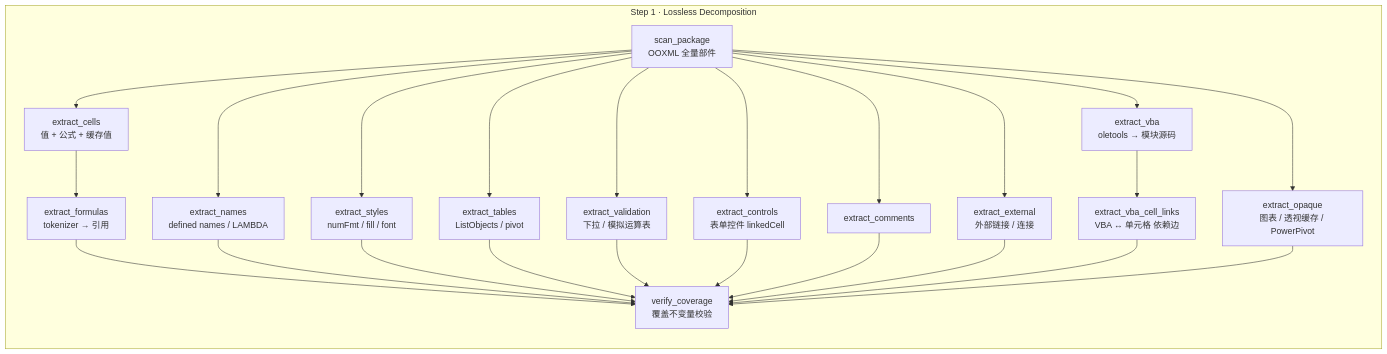
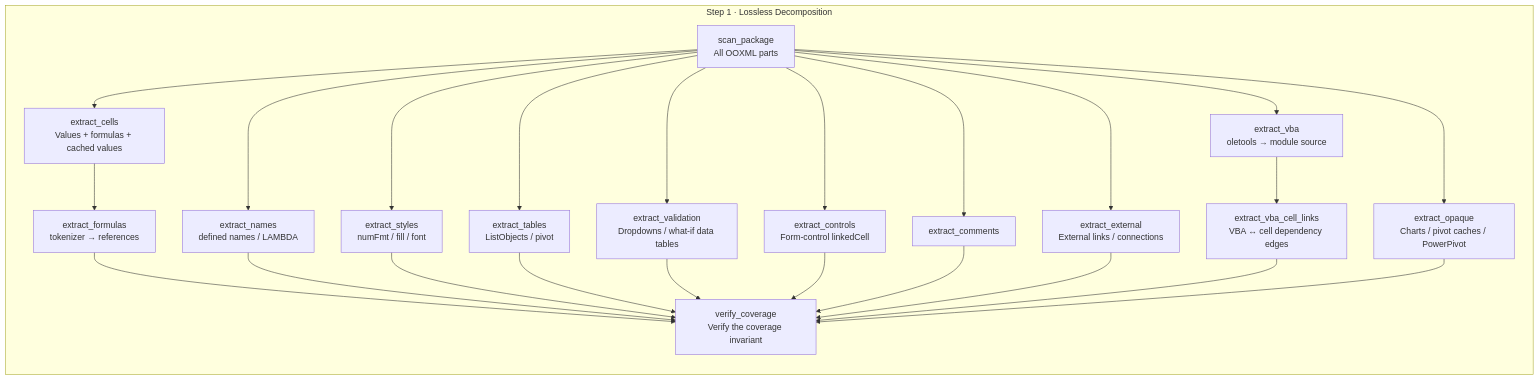
The second of 2 diagrams in README.md (ferryhe/excel_to_act), drawn with Mermaid before and after one commit. The commit also changed other lines of this file and 17 other files, not shown here.

````diff
--- a/README.md
+++ b/README.md
@@ -70,31 +106,31 @@
 ```mermaid
 flowchart LR
     subgraph STEP1 ["Step 1 · Lossless Decomposition"]
         direction TB
-        PKG["scan_package<br/>OOXML 全量部件"]
-        CEL["extract_cells<br/>值 + 公式 + 缓存值"]
-        FRM["extract_formulas<br/>tokenizer → 引用"]
+        PKG["scan_package<br/>All OOXML parts"]
+        CEL["extract_cells<br/>Values + formulas + cached values"]
+        FRM["extract_formulas<br/>tokenizer → references"]
         NAM["extract_names<br/>defined names / LAMBDA"]
         STY["extract_styles<br/>numFmt / fill / font"]
         TBL["extract_tables<br/>ListObjects / pivot"]
-        VLD["extract_validation<br/>下拉 / 模拟运算表"]
-        CTL["extract_controls<br/>表单控件 linkedCell"]
+        VLD["extract_validation<br/>Dropdowns / what-if data tables"]
+        CTL["extract_controls<br/>Form-control linkedCell"]
         CMT["extract_comments"]
-        EXT["extract_external<br/>外部链接 / 连接"]
-        VBA["extract_vba<br/>oletools → 模块源码"]
-        XLINK["extract_vba_cell_links<br/>VBA ↔ 单元格 依赖边"]
-        OPA["extract_opaque<br/>图表 / 透视缓存 / PowerPivot"]
-        COV["verify_coverage<br/>覆盖不变量校验"]
+        EXT["extract_external<br/>External links / connections"]
+        VBA["extract_vba<br/>oletools → module source"]
+        XLINK["extract_vba_cell_links<br/>VBA ↔ cell dependency edges"]
+        OPA["extract_opaque<br/>Charts / pivot caches / PowerPivot"]
+        COV["verify_coverage<br/>Verify the coverage invariant"]
     end
 
     PKG --> CEL --> FRM --> COV
     PKG --> NAM --> COV
     PKG --> STY --> COV
     PKG --> TBL --> COV
     PKG --> VLD --> COV
     PKG --> CTL --> COV
     PKG --> CMT --> COV
     PKG --> EXT --> COV
     PKG --> VBA --> XLINK --> COV
     PKG --> OPA --> COV
 ```
````
